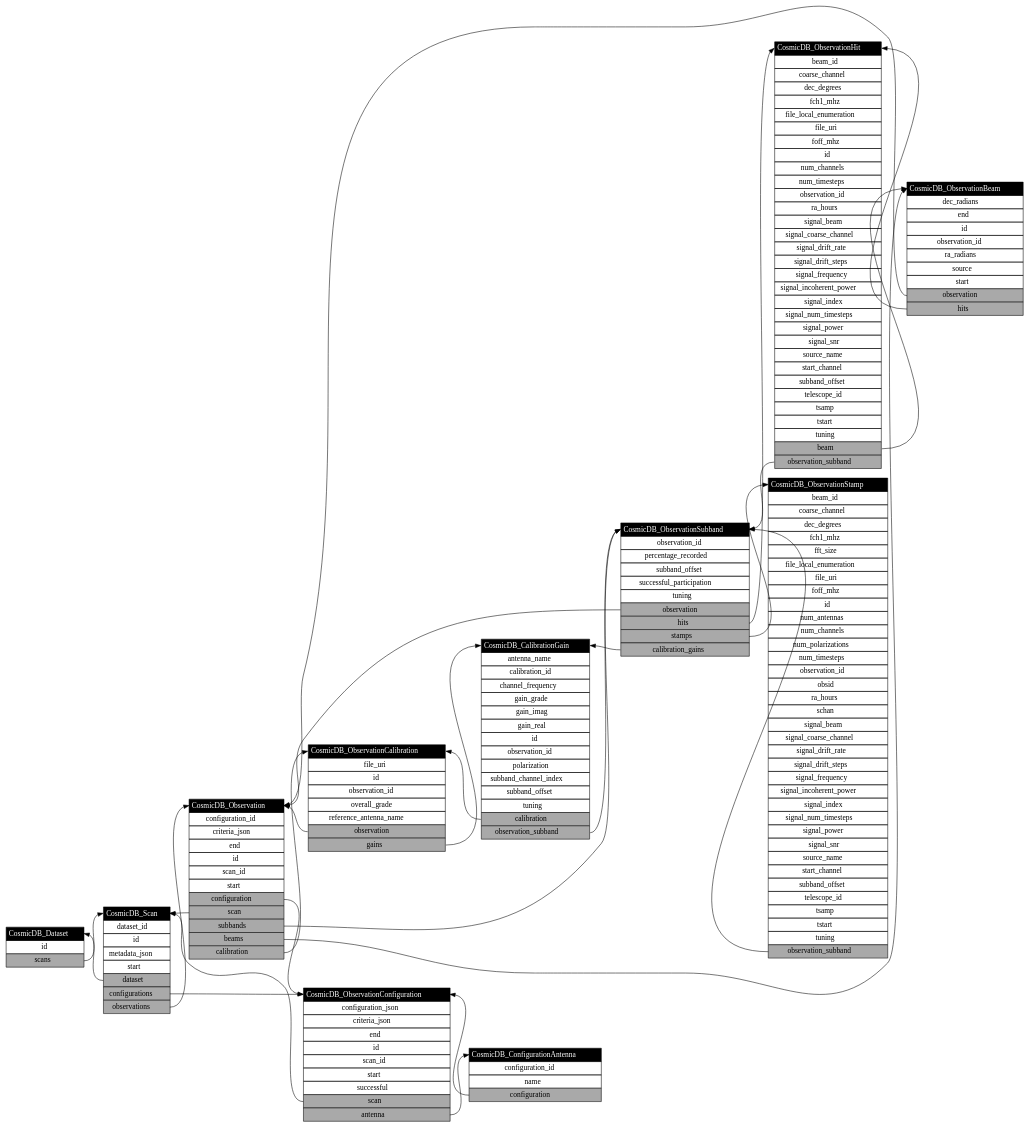
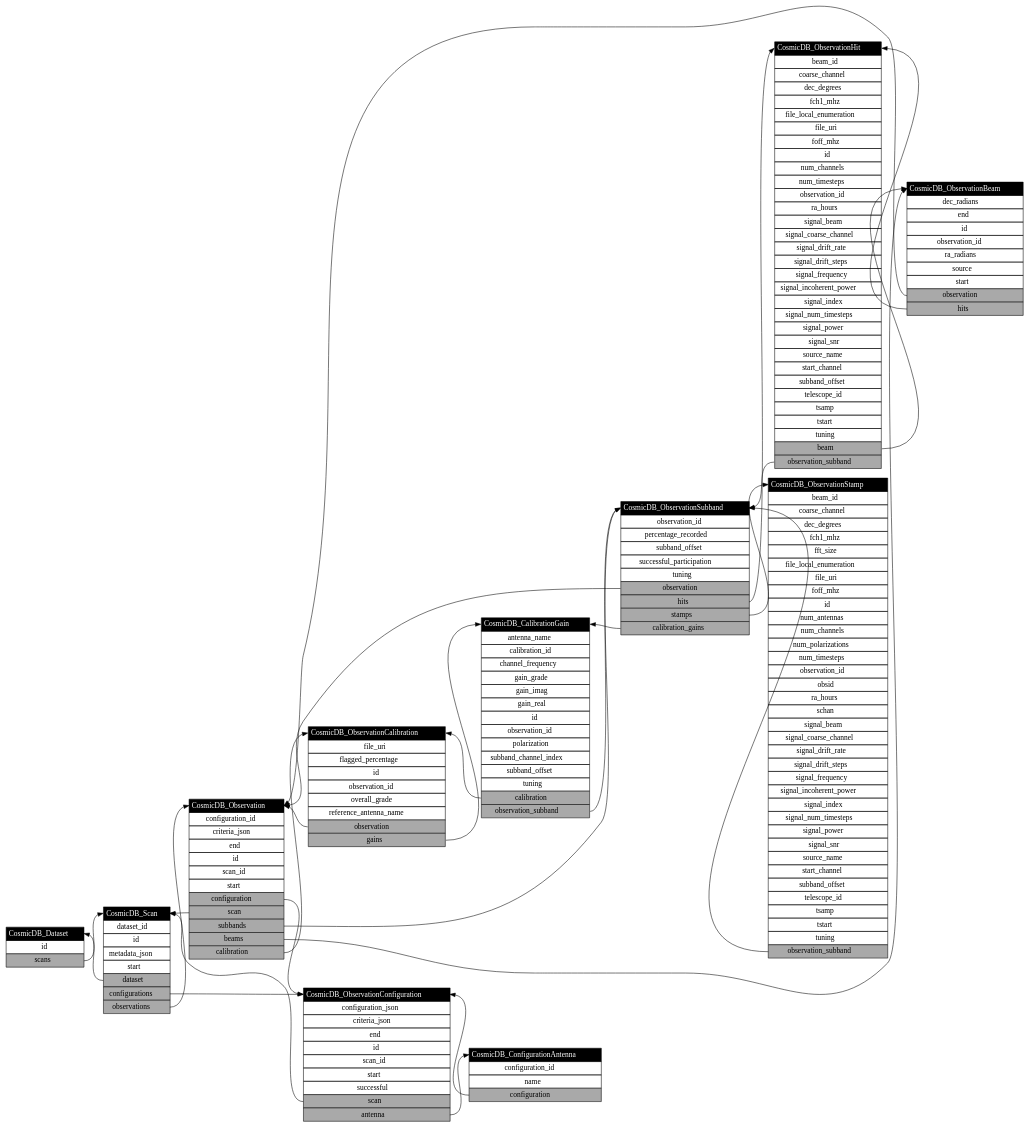
The diagram in docs/classes.dot (COSMIC-SETI/COSMIC-VLA-Database), drawn with Graphviz before and after one commit. The commit also changed 5 other files, not shown here.

Commit message:
+ Calibration entity flagged_percentage field

```diff
--- a/docs/classes.dot
+++ b/docs/classes.dot
@@ -1,198 +1,199 @@
 digraph CosmicDB {
 rankdir=LR;
 CosmicDB_Dataset:scans -> CosmicDB_Scan:class;
 CosmicDB_Dataset [label=<<table border="0" cellborder="1" cellspacing="0" cellpadding="4">
 	<tr><td bgcolor="black" port="class"><font color="white">CosmicDB_Dataset</font></td></tr>
 	<tr><td>id</td></tr>
 	<tr><td bgcolor="darkgrey" port="scans">scans</td></tr>
 </table>>, shape=plain];
 CosmicDB_Scan:dataset -> CosmicDB_Dataset:class;
 CosmicDB_Scan:configurations -> CosmicDB_ObservationConfiguration:class;
 CosmicDB_Scan:observations -> CosmicDB_Observation:class;
 CosmicDB_Scan [label=<<table border="0" cellborder="1" cellspacing="0" cellpadding="4">
 	<tr><td bgcolor="black" port="class"><font color="white">CosmicDB_Scan</font></td></tr>
 	<tr><td>dataset_id</td></tr>
 	<tr><td>id</td></tr>
 	<tr><td>metadata_json</td></tr>
 	<tr><td>start</td></tr>
 	<tr><td bgcolor="darkgrey" port="dataset">dataset</td></tr>
 	<tr><td bgcolor="darkgrey" port="configurations">configurations</td></tr>
 	<tr><td bgcolor="darkgrey" port="observations">observations</td></tr>
 </table>>, shape=plain];
 CosmicDB_ObservationConfiguration:scan -> CosmicDB_Scan:class;
 CosmicDB_ObservationConfiguration:antenna -> CosmicDB_ConfigurationAntenna:class;
 CosmicDB_ObservationConfiguration [label=<<table border="0" cellborder="1" cellspacing="0" cellpadding="4">
 	<tr><td bgcolor="black" port="class"><font color="white">CosmicDB_ObservationConfiguration</font></td></tr>
 	<tr><td>configuration_json</td></tr>
 	<tr><td>criteria_json</td></tr>
 	<tr><td>end</td></tr>
 	<tr><td>id</td></tr>
 	<tr><td>scan_id</td></tr>
 	<tr><td>start</td></tr>
 	<tr><td>successful</td></tr>
 	<tr><td bgcolor="darkgrey" port="scan">scan</td></tr>
 	<tr><td bgcolor="darkgrey" port="antenna">antenna</td></tr>
 </table>>, shape=plain];
 CosmicDB_ConfigurationAntenna:configuration -> CosmicDB_ObservationConfiguration:class;
 CosmicDB_ConfigurationAntenna [label=<<table border="0" cellborder="1" cellspacing="0" cellpadding="4">
 	<tr><td bgcolor="black" port="class"><font color="white">CosmicDB_ConfigurationAntenna</font></td></tr>
 	<tr><td>configuration_id</td></tr>
 	<tr><td>name</td></tr>
 	<tr><td bgcolor="darkgrey" port="configuration">configuration</td></tr>
 </table>>, shape=plain];
 CosmicDB_Observation:configuration -> CosmicDB_ObservationConfiguration:class;
 CosmicDB_Observation:scan -> CosmicDB_Scan:class;
 CosmicDB_Observation:subbands -> CosmicDB_ObservationSubband:class;
 CosmicDB_Observation:beams -> CosmicDB_ObservationBeam:class;
 CosmicDB_Observation:calibration -> CosmicDB_ObservationCalibration:class;
 CosmicDB_Observation [label=<<table border="0" cellborder="1" cellspacing="0" cellpadding="4">
 	<tr><td bgcolor="black" port="class"><font color="white">CosmicDB_Observation</font></td></tr>
 	<tr><td>configuration_id</td></tr>
 	<tr><td>criteria_json</td></tr>
 	<tr><td>end</td></tr>
 	<tr><td>id</td></tr>
 	<tr><td>scan_id</td></tr>
 	<tr><td>start</td></tr>
 	<tr><td bgcolor="darkgrey" port="configuration">configuration</td></tr>
 	<tr><td bgcolor="darkgrey" port="scan">scan</td></tr>
 	<tr><td bgcolor="darkgrey" port="subbands">subbands</td></tr>
 	<tr><td bgcolor="darkgrey" port="beams">beams</td></tr>
 	<tr><td bgcolor="darkgrey" port="calibration">calibration</td></tr>
 </table>>, shape=plain];
 CosmicDB_ObservationSubband:observation -> CosmicDB_Observation:class;
 CosmicDB_ObservationSubband:hits -> CosmicDB_ObservationHit:class;
 CosmicDB_ObservationSubband:stamps -> CosmicDB_ObservationStamp:class;
 CosmicDB_ObservationSubband:calibration_gains -> CosmicDB_CalibrationGain:class;
 CosmicDB_ObservationSubband [label=<<table border="0" cellborder="1" cellspacing="0" cellpadding="4">
 	<tr><td bgcolor="black" port="class"><font color="white">CosmicDB_ObservationSubband</font></td></tr>
 	<tr><td>observation_id</td></tr>
 	<tr><td>percentage_recorded</td></tr>
 	<tr><td>subband_offset</td></tr>
 	<tr><td>successful_participation</td></tr>
 	<tr><td>tuning</td></tr>
 	<tr><td bgcolor="darkgrey" port="observation">observation</td></tr>
 	<tr><td bgcolor="darkgrey" port="hits">hits</td></tr>
 	<tr><td bgcolor="darkgrey" port="stamps">stamps</td></tr>
 	<tr><td bgcolor="darkgrey" port="calibration_gains">calibration_gains</td></tr>
 </table>>, shape=plain];
 CosmicDB_ObservationCalibration:observation -> CosmicDB_Observation:class;
 CosmicDB_ObservationCalibration:gains -> CosmicDB_CalibrationGain:class;
 CosmicDB_ObservationCalibration [label=<<table border="0" cellborder="1" cellspacing="0" cellpadding="4">
 	<tr><td bgcolor="black" port="class"><font color="white">CosmicDB_ObservationCalibration</font></td></tr>
 	<tr><td>file_uri</td></tr>
+	<tr><td>flagged_percentage</td></tr>
 	<tr><td>id</td></tr>
 	<tr><td>observation_id</td></tr>
 	<tr><td>overall_grade</td></tr>
 	<tr><td>reference_antenna_name</td></tr>
 	<tr><td bgcolor="darkgrey" port="observation">observation</td></tr>
 	<tr><td bgcolor="darkgrey" port="gains">gains</td></tr>
 </table>>, shape=plain];
 CosmicDB_CalibrationGain:calibration -> CosmicDB_ObservationCalibration:class;
 CosmicDB_CalibrationGain:observation_subband -> CosmicDB_ObservationSubband:class;
 CosmicDB_CalibrationGain [label=<<table border="0" cellborder="1" cellspacing="0" cellpadding="4">
 	<tr><td bgcolor="black" port="class"><font color="white">CosmicDB_CalibrationGain</font></td></tr>
 	<tr><td>antenna_name</td></tr>
 	<tr><td>calibration_id</td></tr>
 	<tr><td>channel_frequency</td></tr>
 	<tr><td>gain_grade</td></tr>
 	<tr><td>gain_imag</td></tr>
 	<tr><td>gain_real</td></tr>
 	<tr><td>id</td></tr>
 	<tr><td>observation_id</td></tr>
 	<tr><td>polarization</td></tr>
 	<tr><td>subband_channel_index</td></tr>
 	<tr><td>subband_offset</td></tr>
 	<tr><td>tuning</td></tr>
 	<tr><td bgcolor="darkgrey" port="calibration">calibration</td></tr>
 	<tr><td bgcolor="darkgrey" port="observation_subband">observation_subband</td></tr>
 </table>>, shape=plain];
 CosmicDB_ObservationBeam:observation -> CosmicDB_Observation:class;
 CosmicDB_ObservationBeam:hits -> CosmicDB_ObservationHit:class;
 CosmicDB_ObservationBeam [label=<<table border="0" cellborder="1" cellspacing="0" cellpadding="4">
 	<tr><td bgcolor="black" port="class"><font color="white">CosmicDB_ObservationBeam</font></td></tr>
 	<tr><td>dec_radians</td></tr>
 	<tr><td>end</td></tr>
 	<tr><td>id</td></tr>
 	<tr><td>observation_id</td></tr>
 	<tr><td>ra_radians</td></tr>
 	<tr><td>source</td></tr>
 	<tr><td>start</td></tr>
 	<tr><td bgcolor="darkgrey" port="observation">observation</td></tr>
 	<tr><td bgcolor="darkgrey" port="hits">hits</td></tr>
 </table>>, shape=plain];
 CosmicDB_ObservationHit:beam -> CosmicDB_ObservationBeam:class;
 CosmicDB_ObservationHit:observation_subband -> CosmicDB_ObservationSubband:class;
 CosmicDB_ObservationHit [label=<<table border="0" cellborder="1" cellspacing="0" cellpadding="4">
 	<tr><td bgcolor="black" port="class"><font color="white">CosmicDB_ObservationHit</font></td></tr>
 	<tr><td>beam_id</td></tr>
 	<tr><td>coarse_channel</td></tr>
 	<tr><td>dec_degrees</td></tr>
 	<tr><td>fch1_mhz</td></tr>
 	<tr><td>file_local_enumeration</td></tr>
 	<tr><td>file_uri</td></tr>
 	<tr><td>foff_mhz</td></tr>
 	<tr><td>id</td></tr>
 	<tr><td>num_channels</td></tr>
 	<tr><td>num_timesteps</td></tr>
 	<tr><td>observation_id</td></tr>
 	<tr><td>ra_hours</td></tr>
 	<tr><td>signal_beam</td></tr>
 	<tr><td>signal_coarse_channel</td></tr>
 	<tr><td>signal_drift_rate</td></tr>
 	<tr><td>signal_drift_steps</td></tr>
 	<tr><td>signal_frequency</td></tr>
 	<tr><td>signal_incoherent_power</td></tr>
 	<tr><td>signal_index</td></tr>
 	<tr><td>signal_num_timesteps</td></tr>
 	<tr><td>signal_power</td></tr>
 	<tr><td>signal_snr</td></tr>
 	<tr><td>source_name</td></tr>
 	<tr><td>start_channel</td></tr>
 	<tr><td>subband_offset</td></tr>
 	<tr><td>telescope_id</td></tr>
 	<tr><td>tsamp</td></tr>
 	<tr><td>tstart</td></tr>
 	<tr><td>tuning</td></tr>
 	<tr><td bgcolor="darkgrey" port="beam">beam</td></tr>
 	<tr><td bgcolor="darkgrey" port="observation_subband">observation_subband</td></tr>
 </table>>, shape=plain];
 CosmicDB_ObservationStamp:observation_subband -> CosmicDB_ObservationSubband:class;
 CosmicDB_ObservationStamp [label=<<table border="0" cellborder="1" cellspacing="0" cellpadding="4">
 	<tr><td bgcolor="black" port="class"><font color="white">CosmicDB_ObservationStamp</font></td></tr>
 	<tr><td>beam_id</td></tr>
 	<tr><td>coarse_channel</td></tr>
 	<tr><td>dec_degrees</td></tr>
 	<tr><td>fch1_mhz</td></tr>
 	<tr><td>fft_size</td></tr>
 	<tr><td>file_local_enumeration</td></tr>
 	<tr><td>file_uri</td></tr>
 	<tr><td>foff_mhz</td></tr>
 	<tr><td>id</td></tr>
 	<tr><td>num_antennas</td></tr>
 	<tr><td>num_channels</td></tr>
 	<tr><td>num_polarizations</td></tr>
 	<tr><td>num_timesteps</td></tr>
 	<tr><td>observation_id</td></tr>
 	<tr><td>obsid</td></tr>
 	<tr><td>ra_hours</td></tr>
 	<tr><td>schan</td></tr>
 	<tr><td>signal_beam</td></tr>
 	<tr><td>signal_coarse_channel</td></tr>
 	<tr><td>signal_drift_rate</td></tr>
 	<tr><td>signal_drift_steps</td></tr>
 	<tr><td>signal_frequency</td></tr>
 	<tr><td>signal_incoherent_power</td></tr>
 	<tr><td>signal_index</td></tr>
 	<tr><td>signal_num_timesteps</td></tr>
 	<tr><td>signal_power</td></tr>
 	<tr><td>signal_snr</td></tr>
 	<tr><td>source_name</td></tr>
 	<tr><td>start_channel</td></tr>
 	<tr><td>subband_offset</td></tr>
 	<tr><td>telescope_id</td></tr>
 	<tr><td>tsamp</td></tr>
 	<tr><td>tstart</td></tr>
 	<tr><td>tuning</td></tr>
 	<tr><td bgcolor="darkgrey" port="observation_subband">observation_subband</td></tr>
 </table>>, shape=plain];
 }
```
